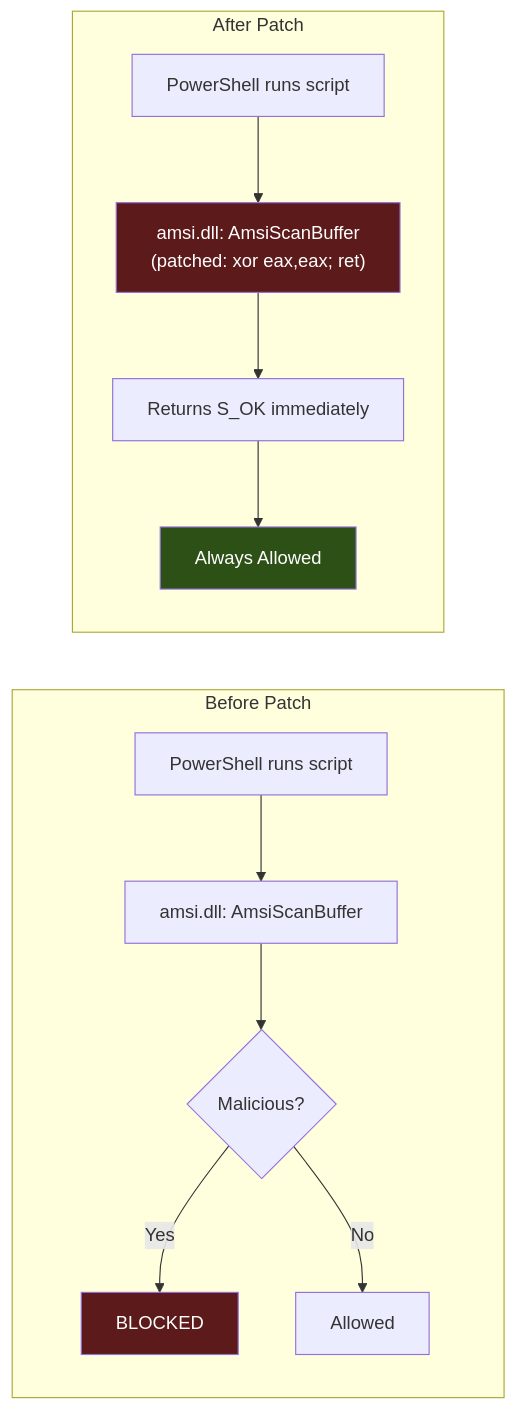
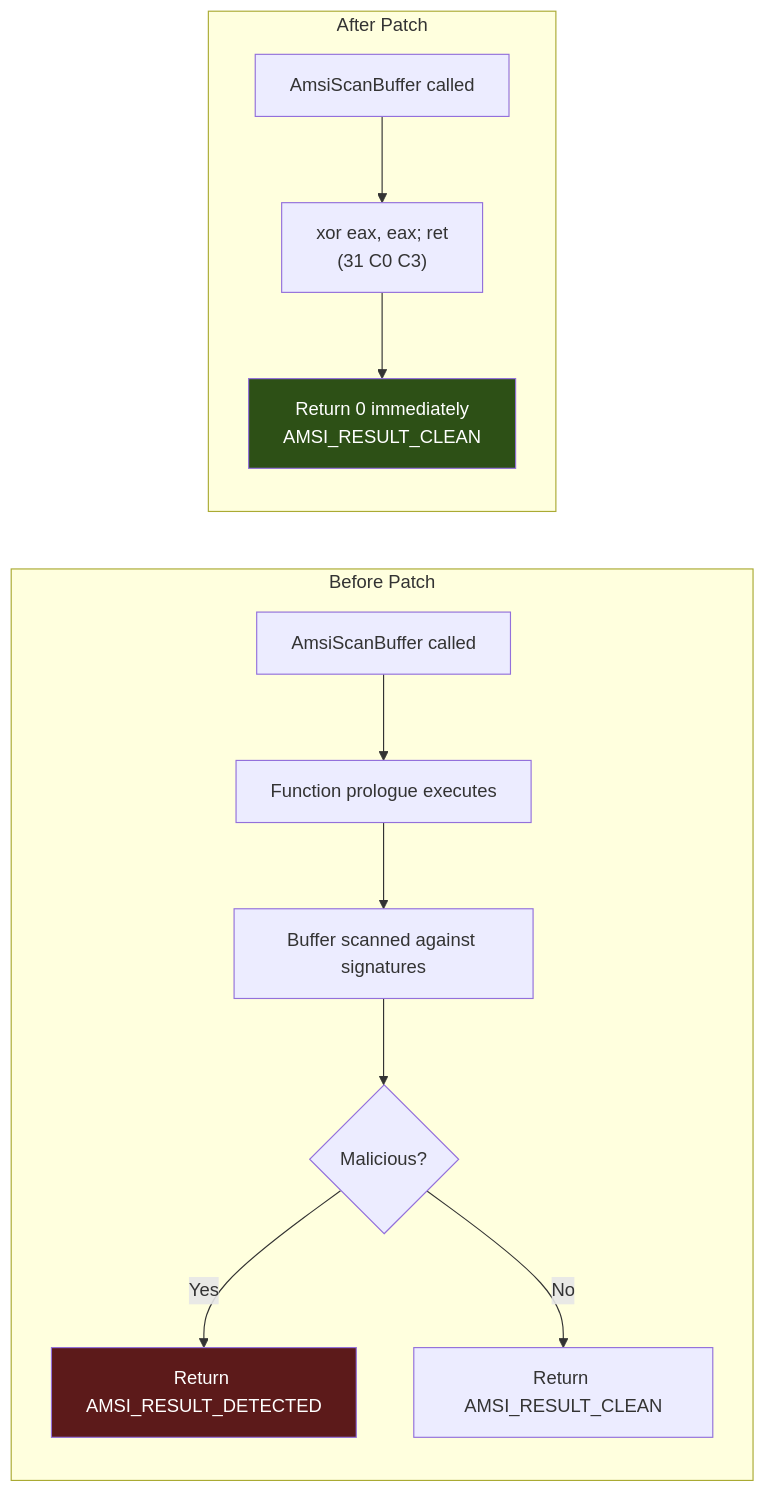
Before and after one commit to oioio-space/maldev: the diagram in docs/techniques/evasion/amsi-bypass.md, drawn with Mermaid. The commit also changed other lines of this file and 4 other files, not shown here.

````diff
--- a/docs/techniques/evasion/amsi-bypass.md
+++ b/docs/techniques/evasion/amsi-bypass.md
@@ -15,19 +15,18 @@
 ```mermaid
 flowchart LR
     subgraph Before["Before Patch"]
-        A1[PowerShell runs script] --> A2[amsi.dll: AmsiScanBuffer]
-        A2 --> A3{Malicious?}
-        A3 -->|Yes| A4[BLOCKED]
-        A3 -->|No| A5[Allowed]
+        A1[AmsiScanBuffer called] --> A2[Function prologue executes]
+        A2 --> A3[Buffer scanned against signatures]
+        A3 --> A4{Malicious?}
+        A4 -->|Yes| A5[Return AMSI_RESULT_DETECTED]
+        A4 -->|No| A6[Return AMSI_RESULT_CLEAN]
     end
 
     subgraph After["After Patch"]
-        B1[PowerShell runs script] --> B2["amsi.dll: AmsiScanBuffer\n(patched: xor eax,eax; ret)"]
-        B2 --> B3[Returns S_OK immediately]
-        B3 --> B5[Always Allowed]
+        B1[AmsiScanBuffer called] --> B2["xor eax, eax; ret\n(31 C0 C3)"]
+        B2 --> B3[Return 0 immediately\nAMSI_RESULT_CLEAN]
     end
 
-    style A4 fill:#5c1a1a,color:#fff
-    style B5 fill:#2d5016,color:#fff
-    style B2 fill:#5c1a1a,color:#fff
+    style A5 fill:#5c1a1a,color:#fff
+    style B3 fill:#2d5016,color:#fff
 ```
````
